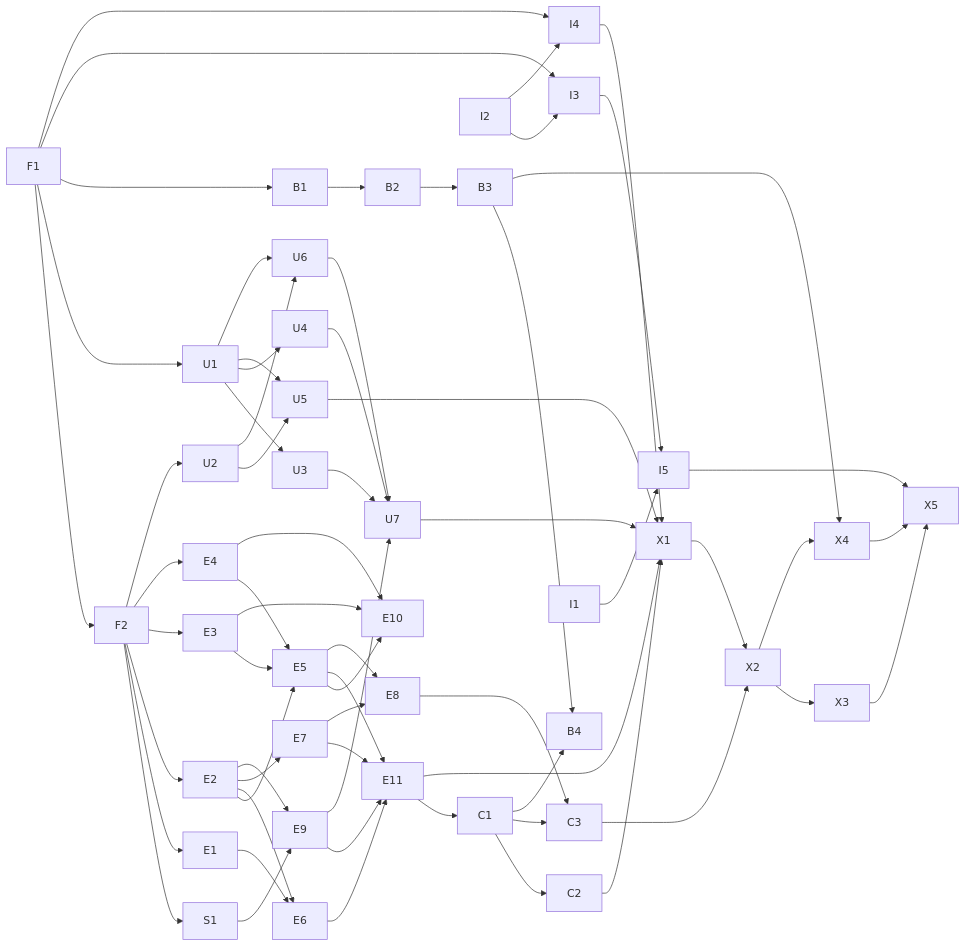
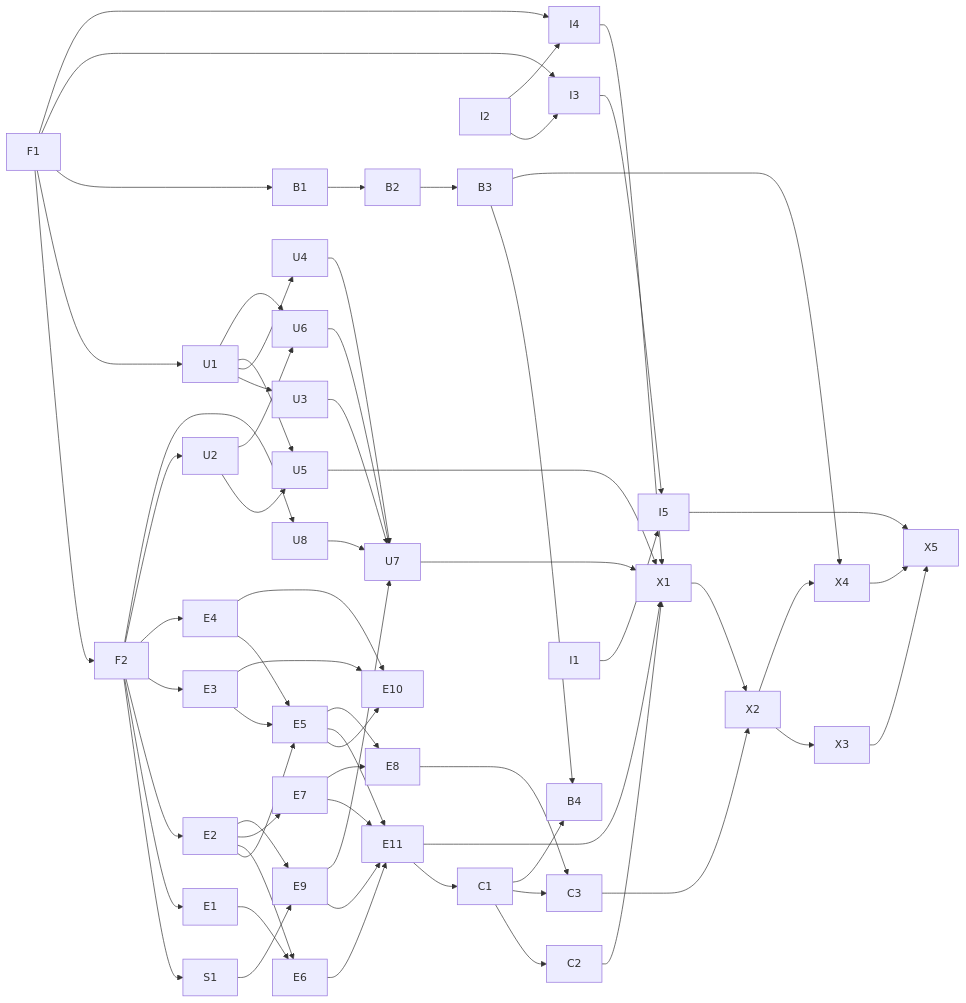
The diagram in docs/00-build.md (yosyp/inference-simulator), drawn with Mermaid before and after one commit. The commit also changed other lines of this file and 43 other files, not shown here.

````diff
--- a/docs/00-build.md
+++ b/docs/00-build.md
@@ -515,28 +525,30 @@
 ```mermaid
 flowchart LR
   F1 --> F2
   F2 --> S1 & E1 & E2 & E3 & E4 & U2
   F1 --> U1 & B1 & I3 & I4
   E2 & E3 & E4 --> E5
   E1 & E2 --> E6
   E2 --> E7
   E2 & S1 --> E9
   E3 & E4 & E5 --> E10
   E5 & E6 & E7 & E9 --> E11
   E5 & E7 --> E8
   U1 --> U3 & U4
   U1 & U2 --> U5 & U6
   U3 & U4 & U6 & E9 --> U7
   E11 --> C1
   C1 --> C2
   C1 & E8 --> C3
+  F2 --> U8
+  U8 --> U7
   E11 & U5 & U7 & C2 & I4 --> X1
   X1 & C3 --> X2
   X2 --> X3
   B1 --> B2 --> B3
   B3 & C1 --> B4
   B3 & X2 --> X4
   I2 --> I3 & I4
   I1 & I3 --> I5
   X3 & X4 & I5 --> X5
 ```
````
